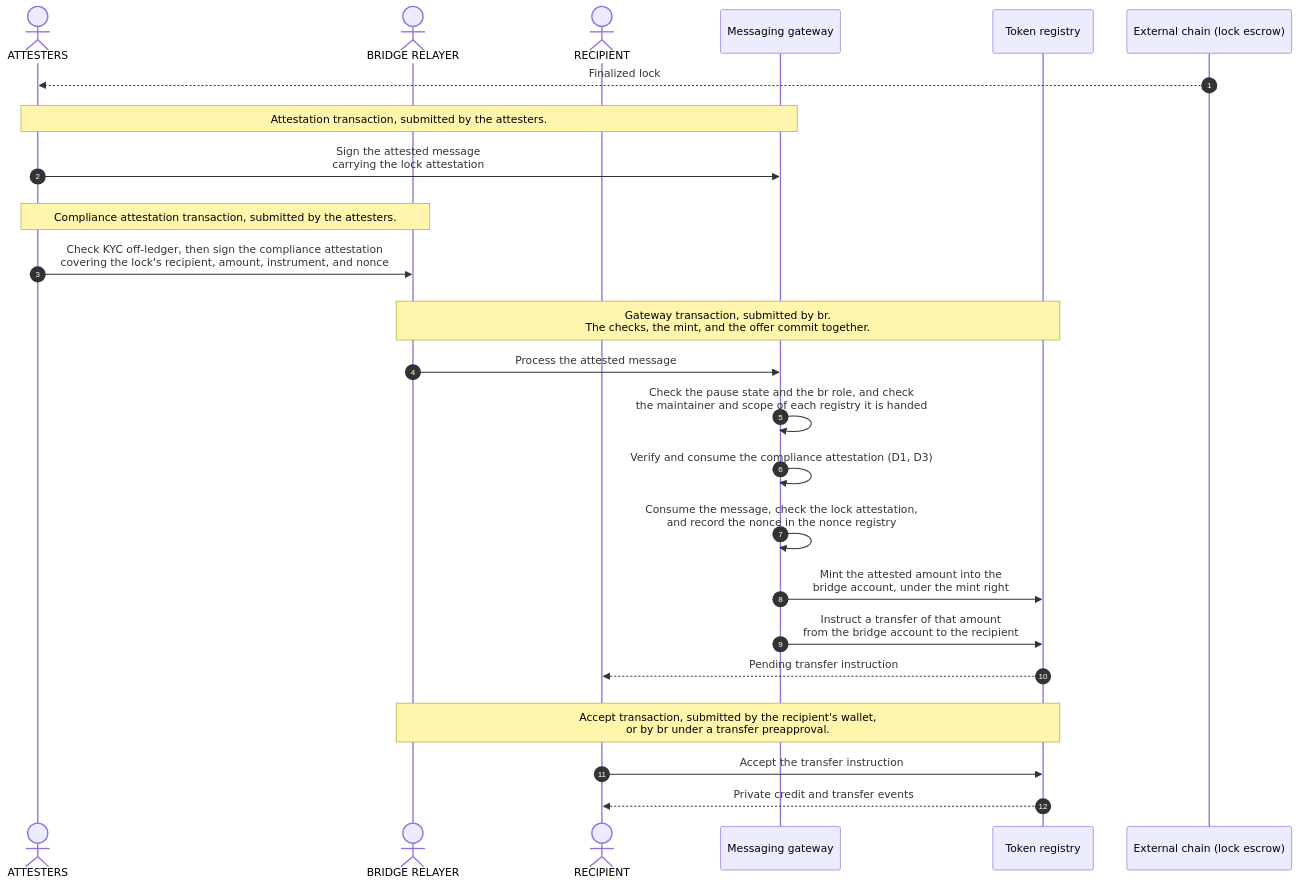
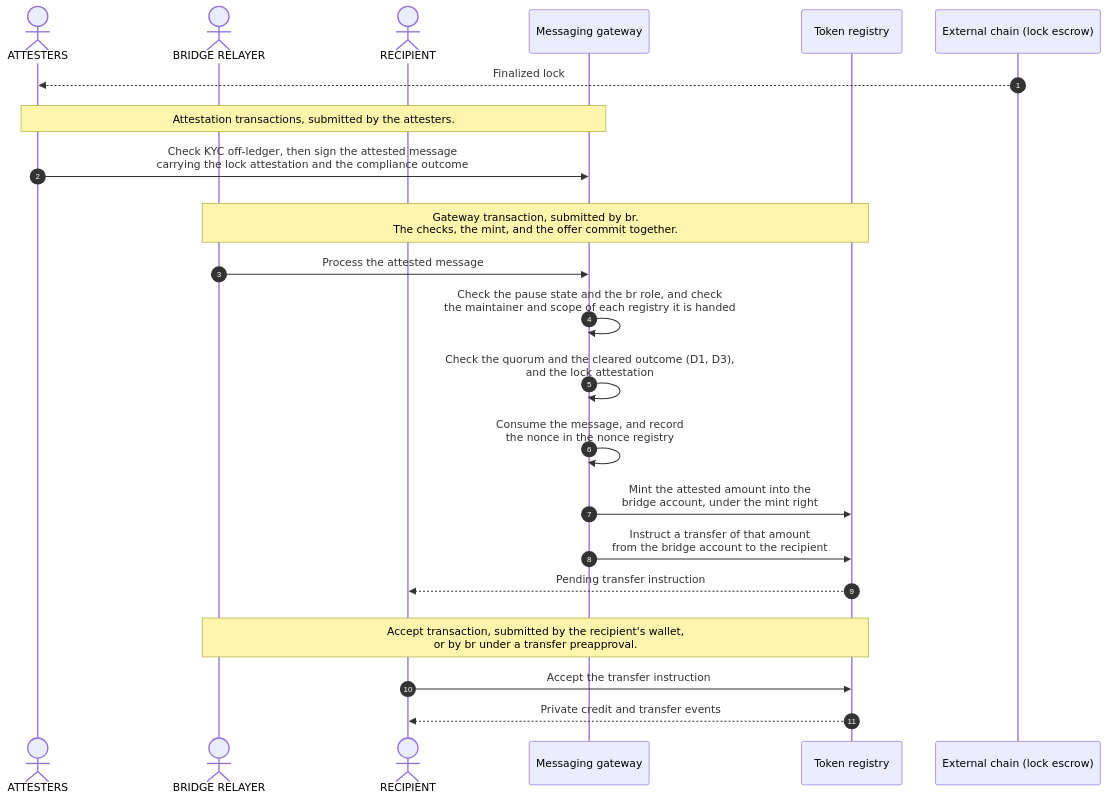
The first of 3 diagrams in docs/reference-architectures/cross-chain-stablecoin.md (OpenZeppelin/canton-specs), drawn with Mermaid before and after one commit. The commit also changed other lines of this file, not shown here.

Commit message:
merge lock and compliance attestations into a single step

````diff
--- a/docs/reference-architectures/cross-chain-stablecoin.md
+++ b/docs/reference-architectures/cross-chain-stablecoin.md
@@ -305,35 +304,31 @@
 ```mermaid
 sequenceDiagram
     autonumber
     actor Attesters as ATTESTERS
     actor Relayer as BRIDGE RELAYER
     actor Recipient as RECIPIENT
     participant App as Messaging gateway
     participant Registry as Token registry
     participant Chain as External chain (lock escrow)
 
     Chain-->>Attesters: Finalized lock
     rect rgba(255, 255, 255, .1)
-        Note over Attesters,App: Attestation transaction, submitted by the attesters.
-        Attesters->>App: Sign the attested message<br/>carrying the lock attestation
-    end
-    rect rgba(255, 255, 255, .1)
-        Note over Attesters,Relayer: Compliance attestation transaction, submitted by the attesters.
-        Attesters->>Relayer: Check KYC off-ledger, then sign the compliance attestation<br/>covering the lock's recipient, amount, instrument, and nonce
+        Note over Attesters,App: Attestation transactions, submitted by the attesters.
+        Attesters->>App: Check KYC off-ledger, then sign the attested message<br/>carrying the lock attestation and the compliance outcome
     end
     rect rgba(255, 255, 255, .1)
         Note over Relayer,Registry: Gateway transaction, submitted by br.<br/>The checks, the mint, and the offer commit together.
         Relayer->>App: Process the attested message
         App->>App: Check the pause state and the br role, and check<br/>the maintainer and scope of each registry it is handed
-        App->>App: Verify and consume the compliance attestation (D1, D3)
-        App->>App: Consume the message, check the lock attestation,<br/>and record the nonce in the nonce registry
+        App->>App: Check the quorum and the cleared outcome (D1, D3),<br/>and the lock attestation
+        App->>App: Consume the message, and record<br/>the nonce in the nonce registry
         App->>Registry: Mint the attested amount into the<br/>bridge account, under the mint right
         App->>Registry: Instruct a transfer of that amount<br/>from the bridge account to the recipient
         Registry-->>Recipient: Pending transfer instruction
     end
     rect rgba(255, 255, 255, .1)
         Note over Relayer,Registry: Accept transaction, submitted by the recipient's wallet,<br/>or by br under a transfer preapproval.
         Recipient->>Registry: Accept the transfer instruction
         Registry-->>Recipient: Private credit and transfer events
     end
 ```
````
